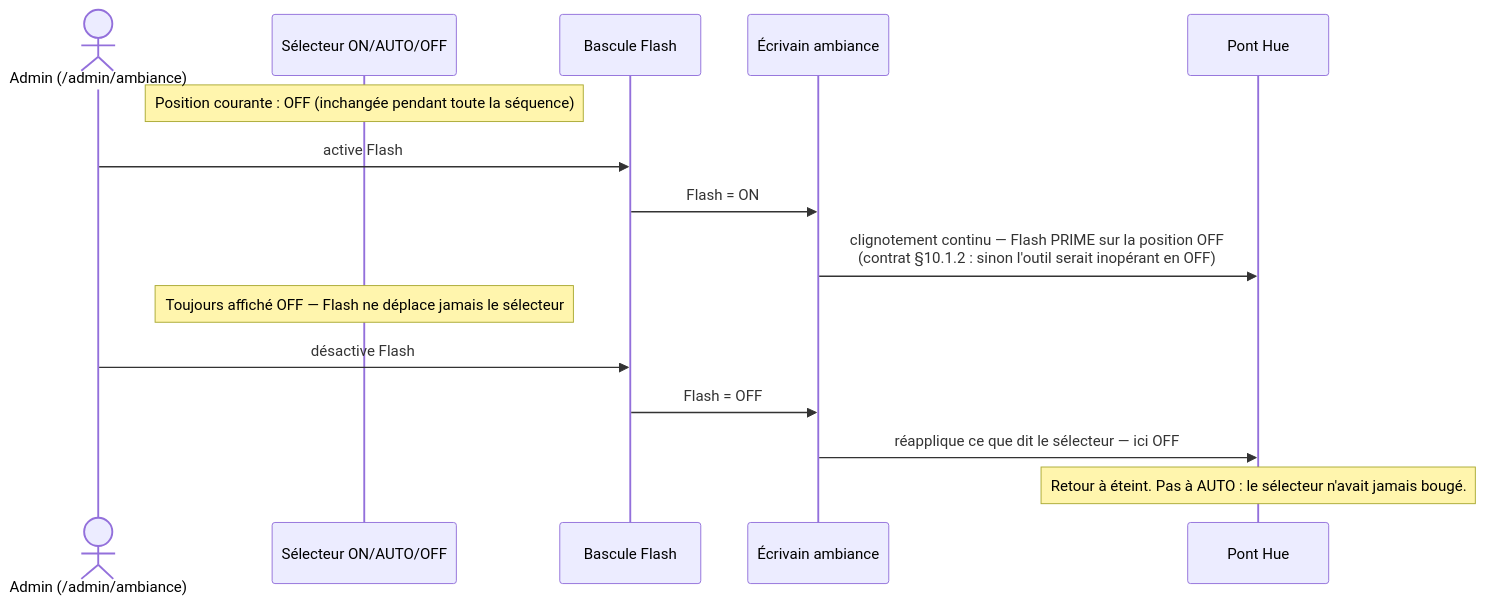
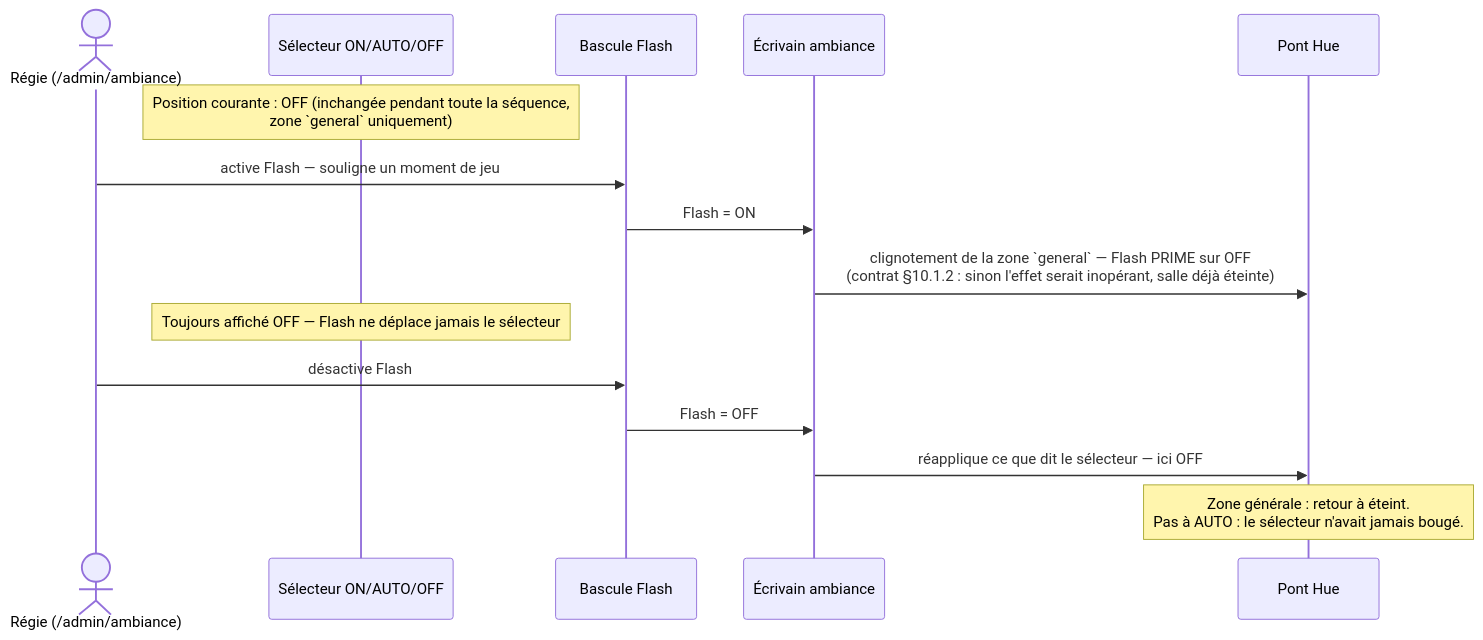
One commit to CCoupel/BuzzMaster changed the third of 4 diagrams in docs/mockups/lighting-priority-208.md. Above: the diagram before and after it, drawn with Mermaid. The commit also changed other lines of this file, not shown here.

First line of the commit message:
docs(mockups): Scope priority diagrams to general zone, live regie tool (#208)

````diff
--- a/docs/mockups/lighting-priority-208.md
+++ b/docs/mockups/lighting-priority-208.md
@@ -57,20 +104,20 @@
 ```mermaid
 sequenceDiagram
-    actor Admin as Admin (/admin/ambiance)
+    actor Regie as Régie (/admin/ambiance)
     participant Sel as Sélecteur ON/AUTO/OFF
     participant Flash as Bascule Flash
     participant Writer as Écrivain ambiance
     participant Hue as Pont Hue
 
-    Note over Sel: Position courante : OFF (inchangée pendant toute la séquence)
+    Note over Sel: Position courante : OFF (inchangée pendant toute la séquence,<br/>zone `general` uniquement)
 
-    Admin->>Flash: active Flash
+    Regie->>Flash: active Flash — souligne un moment de jeu
     Flash->>Writer: Flash = ON
-    Writer->>Hue: clignotement continu — Flash PRIME sur la position OFF<br/>(contrat §10.1.2 : sinon l'outil serait inopérant en OFF)
+    Writer->>Hue: clignotement de la zone `general` — Flash PRIME sur OFF<br/>(contrat §10.1.2 : sinon l'effet serait inopérant, salle déjà éteinte)
     Note over Sel: Toujours affiché OFF — Flash ne déplace jamais le sélecteur
 
-    Admin->>Flash: désactive Flash
+    Regie->>Flash: désactive Flash
     Flash->>Writer: Flash = OFF
     Writer->>Hue: réapplique ce que dit le sélecteur — ici OFF
-    Note over Hue: Retour à éteint. Pas à AUTO : le sélecteur n'avait jamais bougé.
+    Note over Hue: Zone générale : retour à éteint.<br/>Pas à AUTO : le sélecteur n'avait jamais bougé.
 ```
````
